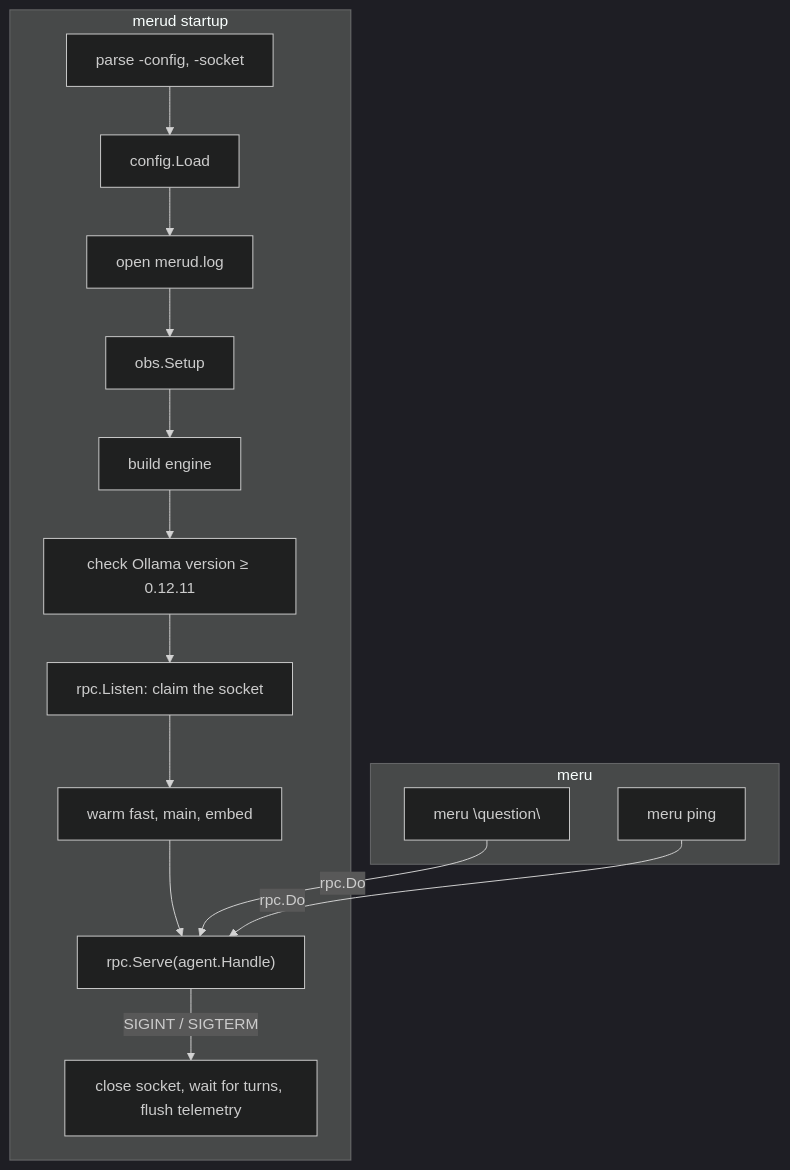
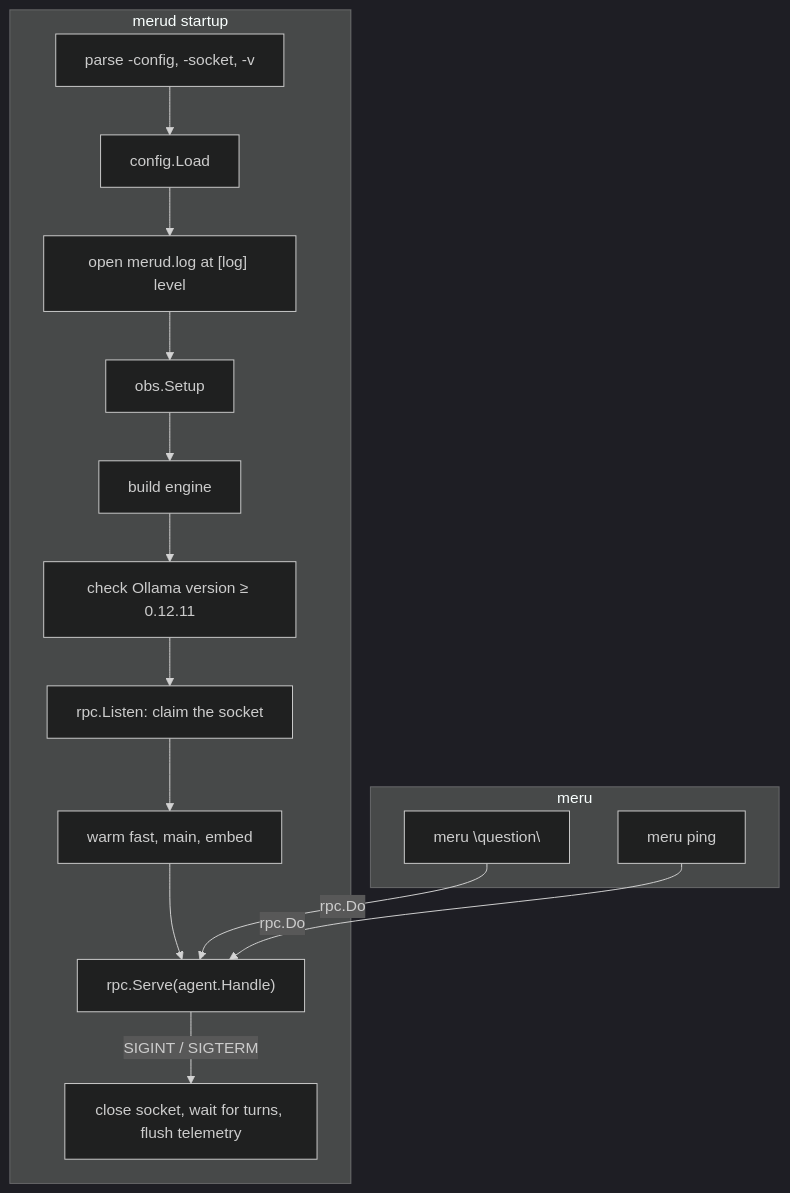
The diagram in docs/coding-notes/merud.md (aarora79/meru), drawn with Mermaid (dark theme) before and after one commit. The commit also changed other lines of this file and 37 other files, not shown here.

````diff
--- a/docs/coding-notes/merud.md
+++ b/docs/coding-notes/merud.md
@@ -19,18 +19,18 @@
 ```mermaid
 flowchart TB
     subgraph merud["merud startup"]
-        F["parse -config, -socket"] --> L["config.Load"]
-        L --> G["open merud.log"]
+        F["parse -config, -socket, -v"] --> L["config.Load"]
+        L --> G["open merud.log at [log] level"]
         G --> O["obs.Setup"]
         O --> E["build engine"]
         E --> V["check Ollama version ≥ 0.12.11"]
         V --> S["rpc.Listen: claim the socket"]
         S --> W["warm fast, main, embed"]
         W --> R["rpc.Serve(agent.Handle)"]
         R -- "SIGINT / SIGTERM" --> X["close socket, wait for turns, flush telemetry"]
     end
     subgraph meru["meru"]
         A["meru \"question\""] -- "rpc.Do" --> R
         P["meru ping"] -- "rpc.Do" --> R
     end
 ```
````
